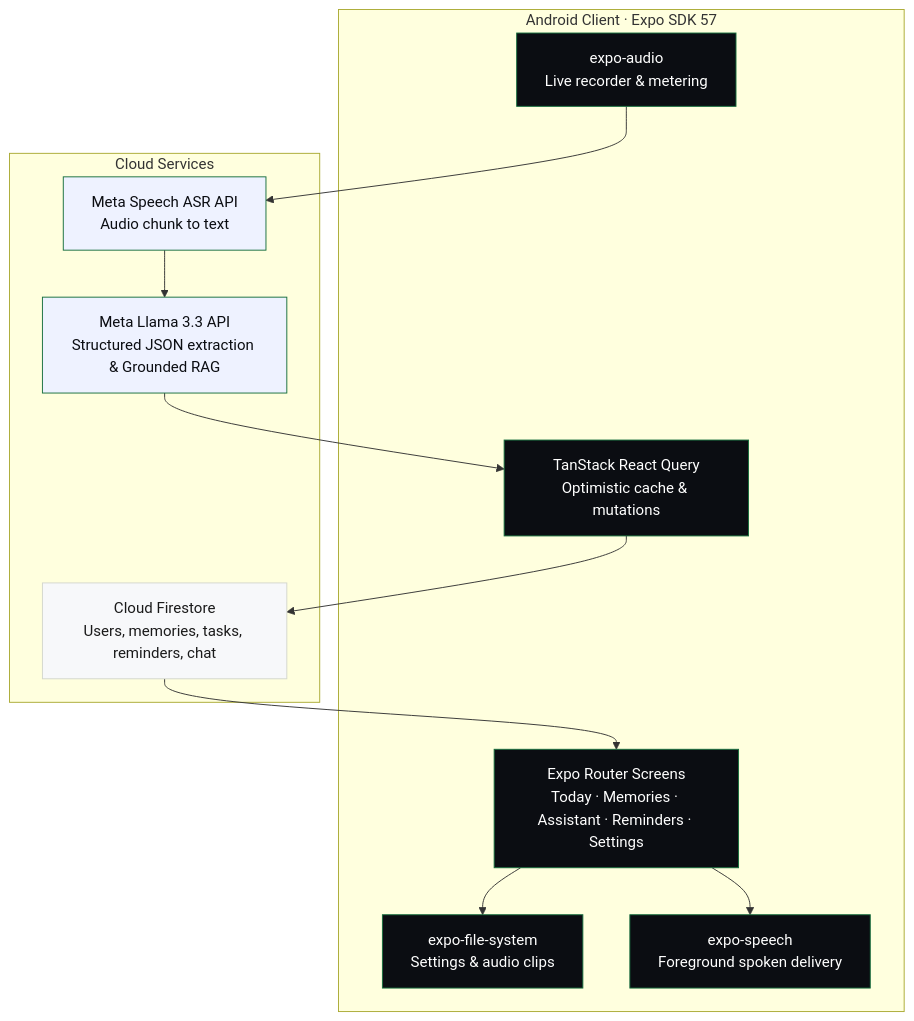
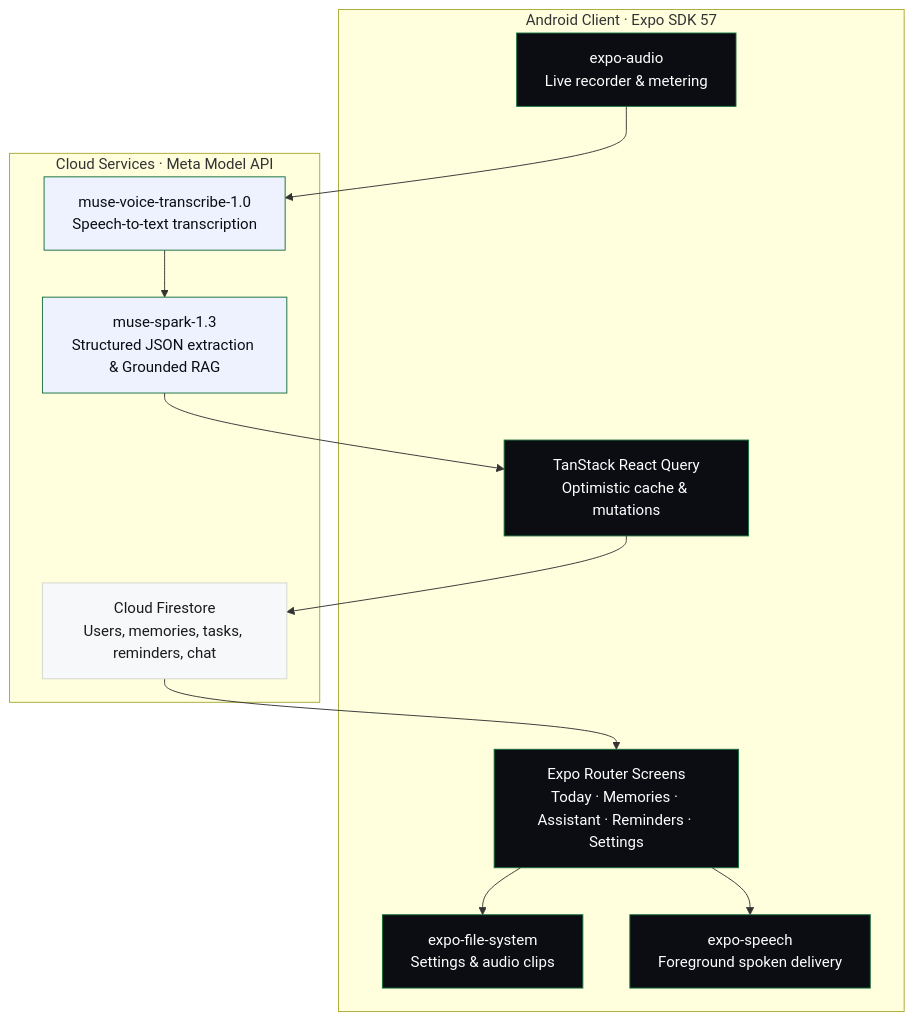
Before and after one commit to abrahamebij/ranti: the first of 2 diagrams in README.md, drawn with Mermaid. The commit also changed other lines of this file, not shown here.

Commit message:
docs: correct Meta Model API model names (muse-spark-1.3, muse-voice-transcribe-1.0) and file paths

````diff
--- a/README.md
+++ b/README.md
@@ -162,31 +164,31 @@
 ```mermaid
 flowchart TB
     subgraph client["Android Client · Expo SDK 57"]
         mic["expo-audio<br/>Live recorder & metering"]
         ui["Expo Router Screens<br/>Today · Memories · Assistant · Reminders · Settings"]
         rq["TanStack React Query<br/>Optimistic cache & mutations"]
         fs["expo-file-system<br/>Settings & audio clips"]
         speech["expo-speech<br/>Foreground spoken delivery"]
     end
 
-    subgraph cloud["Cloud Services"]
-        meta_asr["Meta Speech ASR API<br/>Audio chunk to text"]
-        meta_llama["Meta Llama 3.3 API<br/>Structured JSON extraction & Grounded RAG"]
+    subgraph cloud["Cloud Services · Meta Model API"]
+        meta_asr["muse-voice-transcribe-1.0<br/>Speech-to-text transcription"]
+        meta_llama["muse-spark-1.3<br/>Structured JSON extraction & Grounded RAG"]
         firestore["Cloud Firestore<br/>Users, memories, tasks, reminders, chat"]
     end
 
     mic --> meta_asr
     meta_asr --> meta_llama
     meta_llama --> rq
     rq --> firestore
     firestore --> ui
     ui --> speech
     ui --> fs
 
     classDef clientStyle fill:#0B0D12,stroke:#166e3d,color:#ffffff
     classDef engineStyle fill:#EEF2FF,stroke:#166e3d,color:#0B0D12
     classDef cloudStyle fill:#F7F8FA,stroke:#D3D6CD,color:#1A1A1A
     class mic,ui,rq,fs,speech clientStyle
     class meta_asr,meta_llama engineStyle
     class firestore cloudStyle
 ```
````
